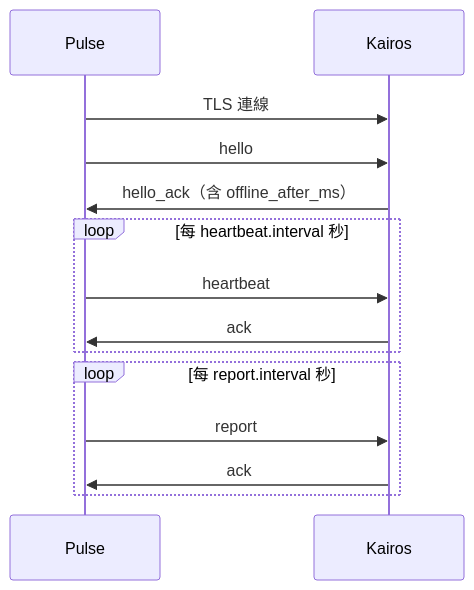
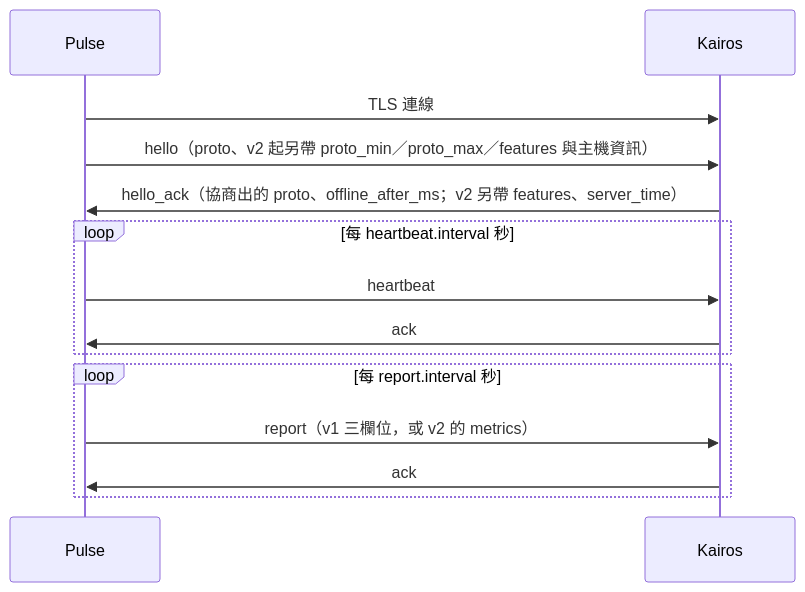
One commit to tenghongzou/kairos-pulse changed the diagram in crates/kairos-proto/PROTOCOL.md. Above: the diagram before and after it, drawn with Mermaid. The commit also changed other lines of this file and 17 other files, not shown here.

First line of the commit message:
feat: 協定 v2：版本協商、hello 主機資訊與通用指標（kairos-proto 與 Kairos）

````diff
--- a/crates/kairos-proto/PROTOCOL.md
+++ b/crates/kairos-proto/PROTOCOL.md
@@ -19,16 +21,16 @@
 ```mermaid
 sequenceDiagram
     participant P as Pulse
     participant K as Kairos
     P->>K: TLS 連線
-    P->>K: hello
-    K->>P: hello_ack（含 offline_after_ms）
+    P->>K: hello（proto、v2 起另帶 proto_min／proto_max／features 與主機資訊）
+    K->>P: hello_ack（協商出的 proto、offline_after_ms；v2 另帶 features、server_time）
     loop 每 heartbeat.interval 秒
         P->>K: heartbeat
         K->>P: ack
     end
     loop 每 report.interval 秒
-        P->>K: report
+        P->>K: report（v1 三欄位，或 v2 的 metrics）
         K->>P: ack
     end
 ```
````
